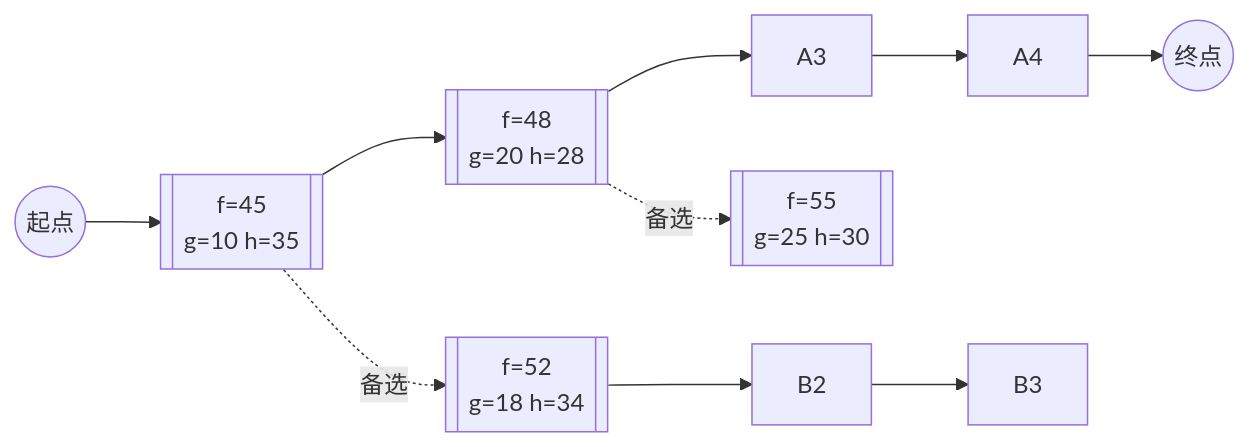
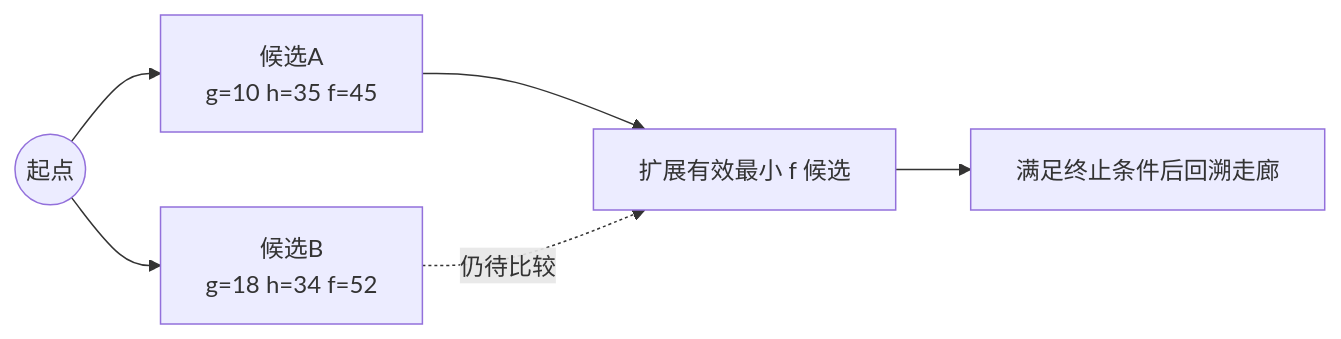
One commit to fantuan812/learning changed the third of 7 diagrams in 知识/06-游戏AI/导航移动与群体协同/03-NavMesh寻路.md. Above: the diagram before and after it, drawn with Mermaid. The commit also changed other lines of this file and 2 other files, not shown here.

````diff
--- a/知识/06-游戏AI/导航移动与群体协同/03-NavMesh寻路.md
+++ b/知识/06-游戏AI/导航移动与群体协同/03-NavMesh寻路.md
@@ -138,10 +134,8 @@
 ```mermaid
 flowchart LR
-    S((起点)) --> A1 --> A2 --> A3 --> A4 --> G((终点))
-    A1 -.备选.-> B1 --> B2 --> B3
-    A2 -.备选.-> C1
-    A1[[f=45<br/>g=10 h=35]]
-    A2[[f=48<br/>g=20 h=28]]
-    B1[[f=52<br/>g=18 h=34]]
-    C1[[f=55<br/>g=25 h=30]]
+    Start((起点)) --> A[候选A<br/>g=10 h=35 f=45]
+    Start --> B[候选B<br/>g=18 h=34 f=52]
+    A --> Next[扩展有效最小 f 候选]
+    B -.仍待比较.-> Next
+    Next --> Goal[满足终止条件后回溯走廊]
 ```
````
